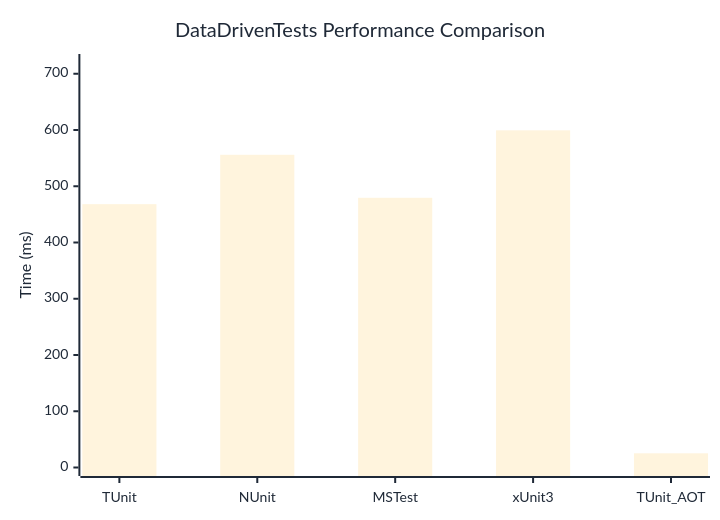
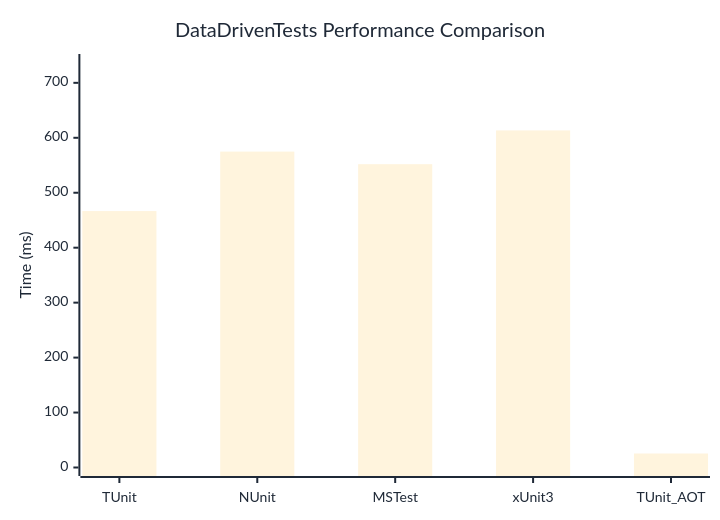
Before and after one commit to thomhurst/TUnit: the diagram in docs/docs/benchmarks/DataDrivenTests.md, drawn with Mermaid. The commit also changed other lines of this file and 17 other files, not shown here.

````diff
--- a/docs/docs/benchmarks/DataDrivenTests.md
+++ b/docs/docs/benchmarks/DataDrivenTests.md
@@ -27,37 +27,37 @@
 ```mermaid
 %%{init: {
   'theme':'base',
   'themeVariables': {
     'primaryColor': '#2563eb',
     'primaryTextColor': '#1f2937',
     'primaryBorderColor': '#1e40af',
     'lineColor': '#6b7280',
     'secondaryColor': '#7c3aed',
     'tertiaryColor': '#dc2626',
     'background': '#ffffff',
     'mainBkg': '#2563eb',
     'secondBkg': '#7c3aed',
     'tertiaryBkg': '#dc2626',
     'clusterBkg': '#f3f4f6',
     'edgeLabelBackground': '#ffffff',
     'tertiaryTextColor': '#1f2937',
     'pie1': '#2563eb',
     'pie2': '#7c3aed',
     'pie3': '#dc2626',
     'pie4': '#f59e0b',
     'pie5': '#10b981',
     'pie6': '#06b6d4',
     'pie7': '#ec4899',
     'pie8': '#6366f1',
     'pie9': '#84cc16',
     'pie10': '#f97316',
     'pie11': '#14b8a6',
     'pie12': '#a855f7'
   }
 }}%%
 xychart-beta
   title "DataDrivenTests Performance Comparison"
   x-axis ["TUnit", "NUnit", "MSTest", "xUnit3", "TUnit_AOT"]
-  y-axis "Time (ms)" 0 --> 720
-  bar [468.14, 555.95, 479.49, 599.43, 25.24]
+  y-axis "Time (ms)" 0 --> 737
+  bar [466.65, 574.88, 551.94, 613.43, 25.48]
 ```
````
